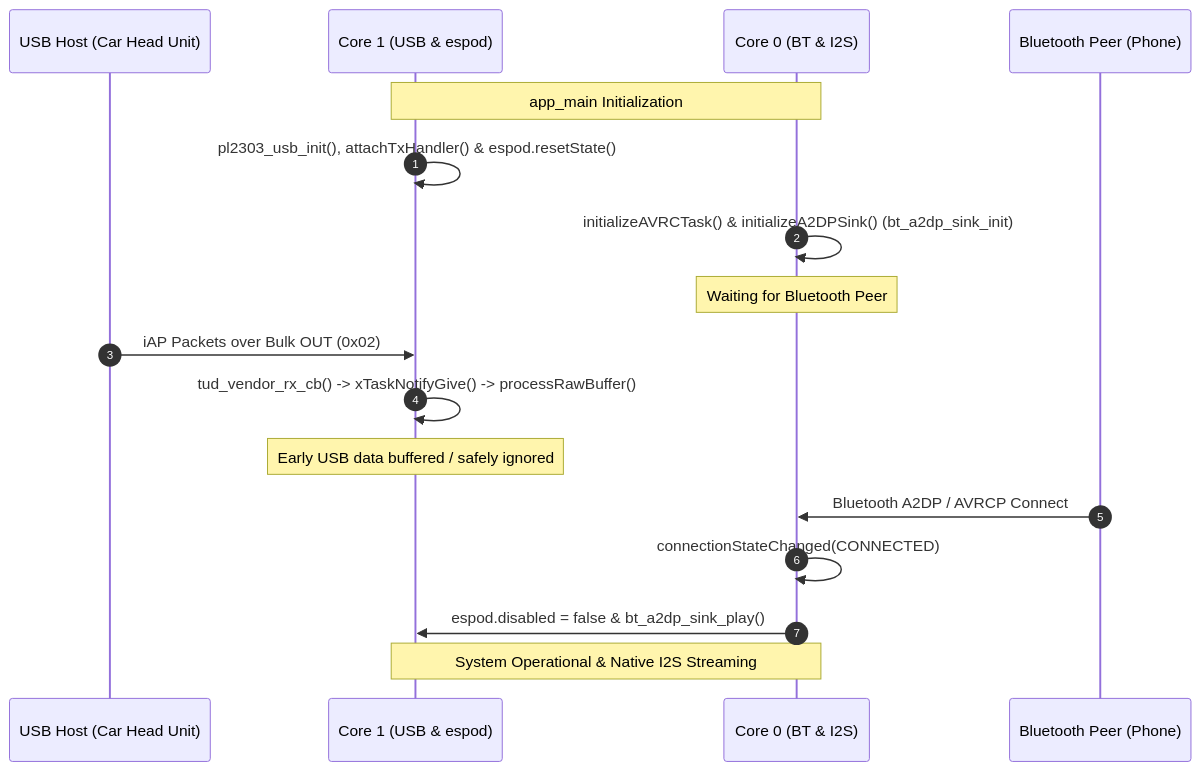
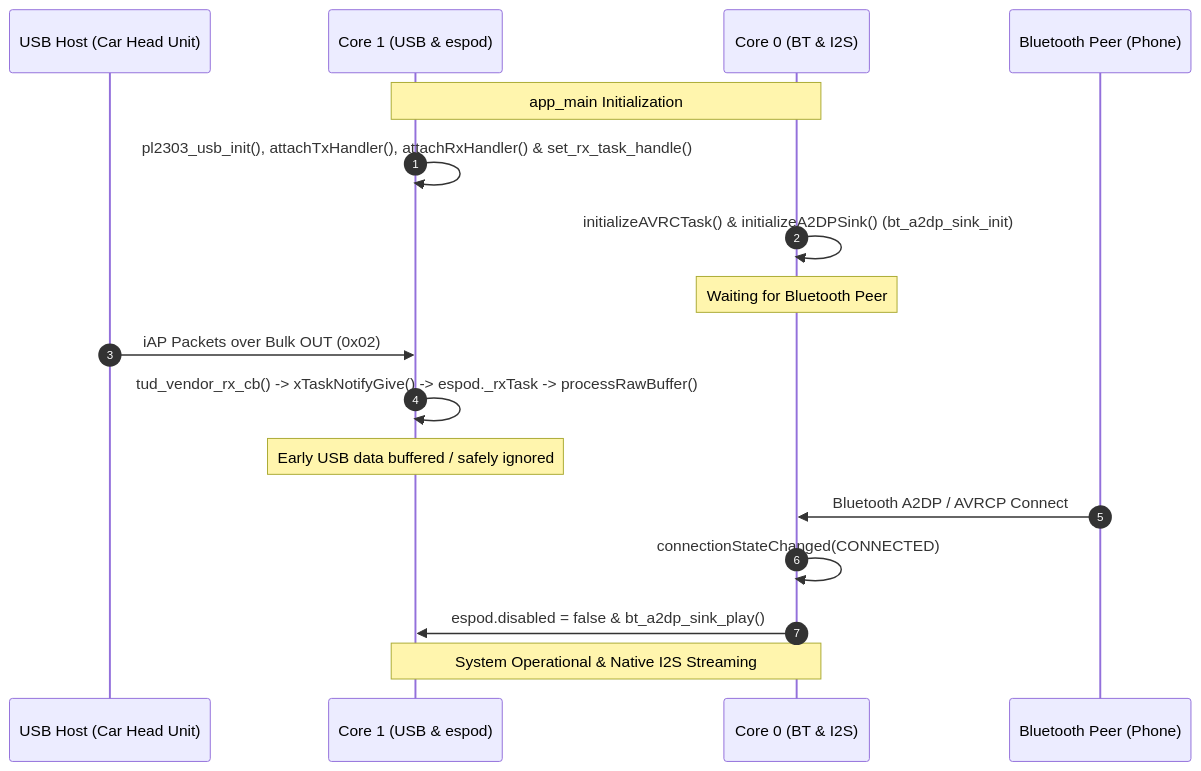
One commit to martinroger/superPod changed the first of 4 diagrams in TOO.md. Above: the diagram before and after it, drawn with Mermaid. The commit also changed other lines of this file and 2 other files, not shown here.

````diff
--- a/TOO.md
+++ b/TOO.md
@@ -27,22 +27,22 @@
 ```mermaid
 sequenceDiagram
     autonumber
     participant USBHost as USB Host (Car Head Unit)
     participant Core1 as Core 1 (USB & espod)
     participant Core0 as Core 0 (BT & I2S)
     participant BTPeer as Bluetooth Peer (Phone)
 
     Note over Core1,Core0: app_main Initialization
-    Core1->>Core1: pl2303_usb_init(), attachTxHandler() & espod.resetState()
+    Core1->>Core1: pl2303_usb_init(), attachTxHandler(), attachRxHandler() & set_rx_task_handle()
     Core0->>Core0: initializeAVRCTask() & initializeA2DPSink() (bt_a2dp_sink_init)
     Note over Core0: Waiting for Bluetooth Peer
 
     USBHost->>Core1: iAP Packets over Bulk OUT (0x02)
-    Core1->>Core1: tud_vendor_rx_cb() -> xTaskNotifyGive() -> processRawBuffer()
+    Core1->>Core1: tud_vendor_rx_cb() -> xTaskNotifyGive() -> espod._rxTask -> processRawBuffer()
     Note over Core1: Early USB data buffered / safely ignored
 
     BTPeer->>Core0: Bluetooth A2DP / AVRCP Connect
     Core0->>Core0: connectionStateChanged(CONNECTED)
     Core0->>Core1: espod.disabled = false & bt_a2dp_sink_play()
     Note over Core1,Core0: System Operational & Native I2S Streaming
 ```
````
